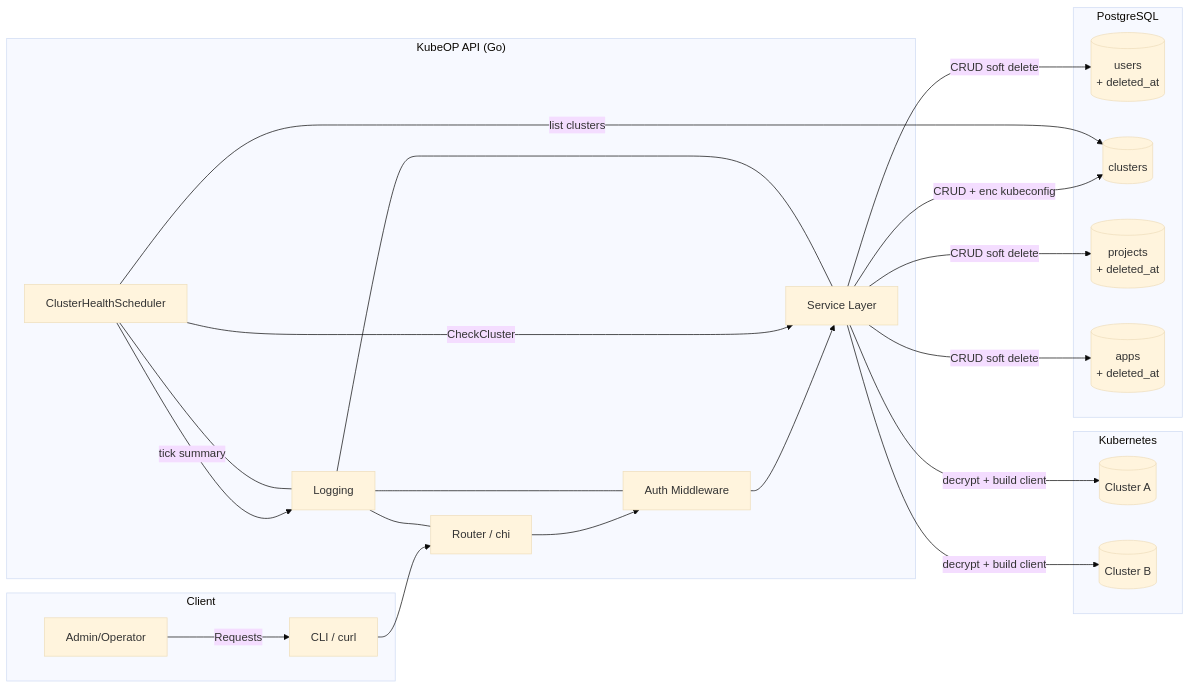
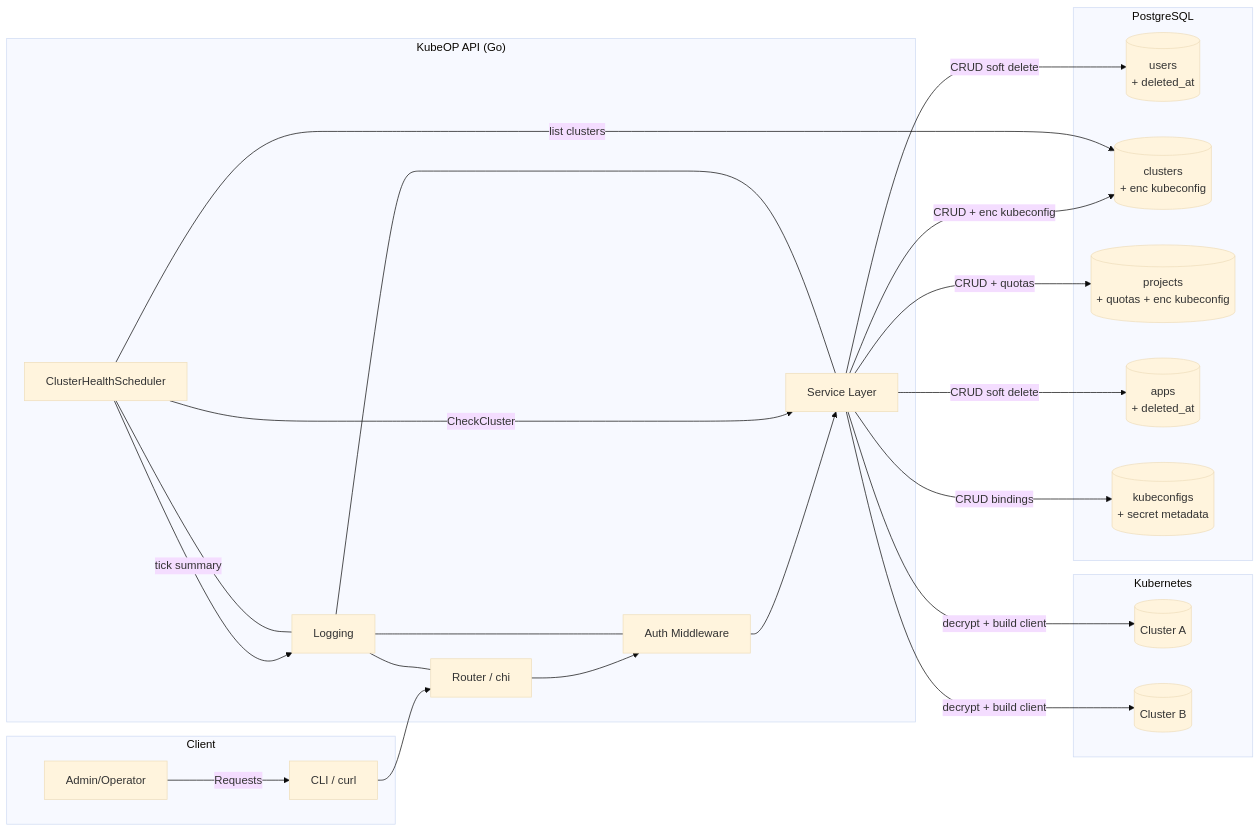
The first of 3 diagrams in docs/ARCHITECTURE.md (vaheed/kubeOP), drawn with Mermaid (base theme) before and after one commit. The commit also changed other lines of this file and 25 other files, not shown here.

````diff
--- a/docs/ARCHITECTURE.md
+++ b/docs/ARCHITECTURE.md
@@ -41,44 +41,46 @@
 ```mermaid
 flowchart LR
   subgraph "Client"
     U["Admin/Operator"]
     CLI["CLI / curl"]
   end
 
   subgraph "KubeOP API (Go)"
     R["Router / chi"]
     A["Auth Middleware"]
     SVC["Service Layer"]
     SCH["ClusterHealthScheduler"]
     LOG["Logging"]
   end
 
   subgraph "PostgreSQL"
     T1[("users\n+ deleted_at")]
-    T2[("clusters")]
-    T3[("projects\n+ deleted_at")]
+    T2[("clusters\n+ enc kubeconfig")]
+    T3[("projects\n+ quotas + enc kubeconfig")]
     T4[("apps\n+ deleted_at")]
+    T5[("kubeconfigs\n+ secret metadata")]
   end
 
   subgraph "Kubernetes"
     K8s1[("Cluster A")]
     K8s2[("Cluster B")]
   end
 
   U -- "Requests" --> CLI
   CLI --> R
   R --> A --> SVC
   SVC -- "CRUD soft delete" --> T1
   SVC -- "CRUD + enc kubeconfig" --> T2
-  SVC -- "CRUD soft delete" --> T3
+  SVC -- "CRUD + quotas" --> T3
   SVC -- "CRUD soft delete" --> T4
+  SVC -- "CRUD bindings" --> T5
   SVC -- "decrypt + build client" --> K8s1
   SVC -- "decrypt + build client" --> K8s2
   SCH -- "tick summary" --> LOG
   SCH -- "list clusters" --> T2
   SCH -- "CheckCluster" --> SVC
   LOG --- R
   LOG --- A
   LOG --- SVC
   LOG --- SCH
 ```
````
